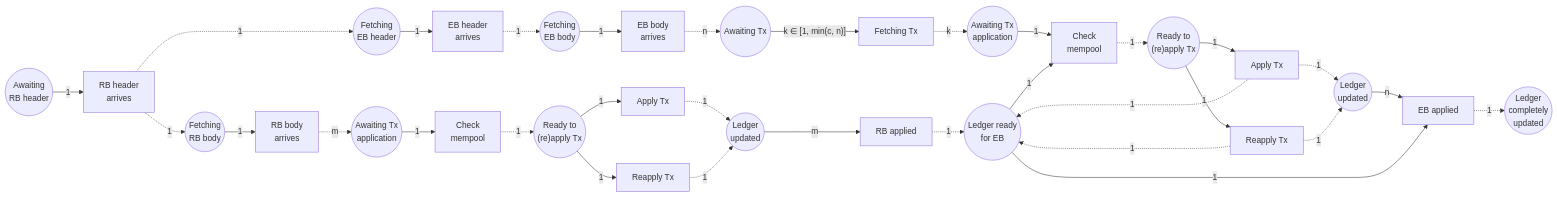
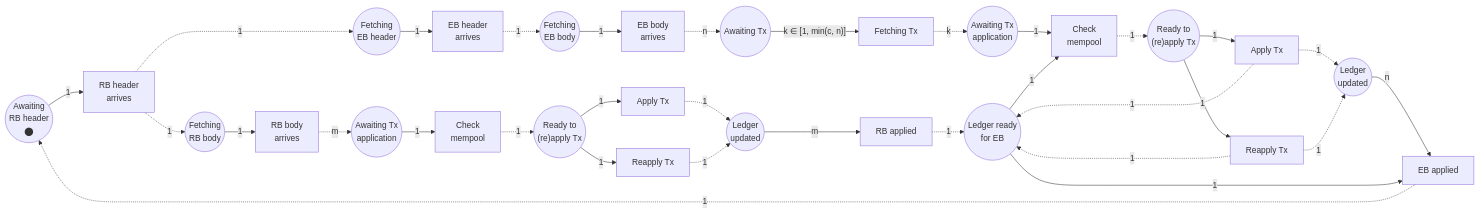
Before and after one commit to input-output-hk/ouroboros-leios: the first of 2 diagrams in analysis/deltaq/linear-leios-preliminaries.md, drawn with Mermaid. The commit also changed other lines of this file, not shown here.

````diff
--- a/analysis/deltaq/linear-leios-preliminaries.md
+++ b/analysis/deltaq/linear-leios-preliminaries.md
@@ -47,7 +47,8 @@
 graph LR
 
     AwaitRH(("Awaiting
-    RB header"))
+    RB header
+    ⬤"))
     ArriveRH["RB header
     arrives"]
 
@@ -84,12 +85,12 @@
     ApplyRbTx -."1".-> LedgerRbTx
     ReapplyRbTx -."1".-> LedgerRbTx
 
-    ApplyRb["RB applied"]
-    LedgerRbTx --"m"--> ApplyRb
+    ApplyRB["RB applied"]
+    LedgerRbTx --"m"--> ApplyRB
 
     ReadyLedger(("Ledger ready
     for EB"))
-    ApplyRb -."1".-> ReadyLedger
+    ApplyRB -."1".-> ReadyLedger
 
     FetchEH(("Fetching
     EB header"))
@@ -139,12 +140,9 @@
     ApplyEbTx -."1".-> LedgerEbTx
     ReapplyEbTx -."1".-> LedgerEbTx
 
-    ApplyEb["EB applied"]
-    LedgerEbTx --"n"--> ApplyEb
-    ReadyLedger --"1"--> ApplyEb
+    ApplyEB["EB applied"]
+    LedgerEbTx --"n"--> ApplyEB
+    ReadyLedger --"1"--> ApplyEB
 
-    FinalLedger(("Ledger
-    completely
-    updated"))
-    ApplyEb -."1".-> FinalLedger
+    ApplyEB -."1".-> AwaitRH
 ```
````
